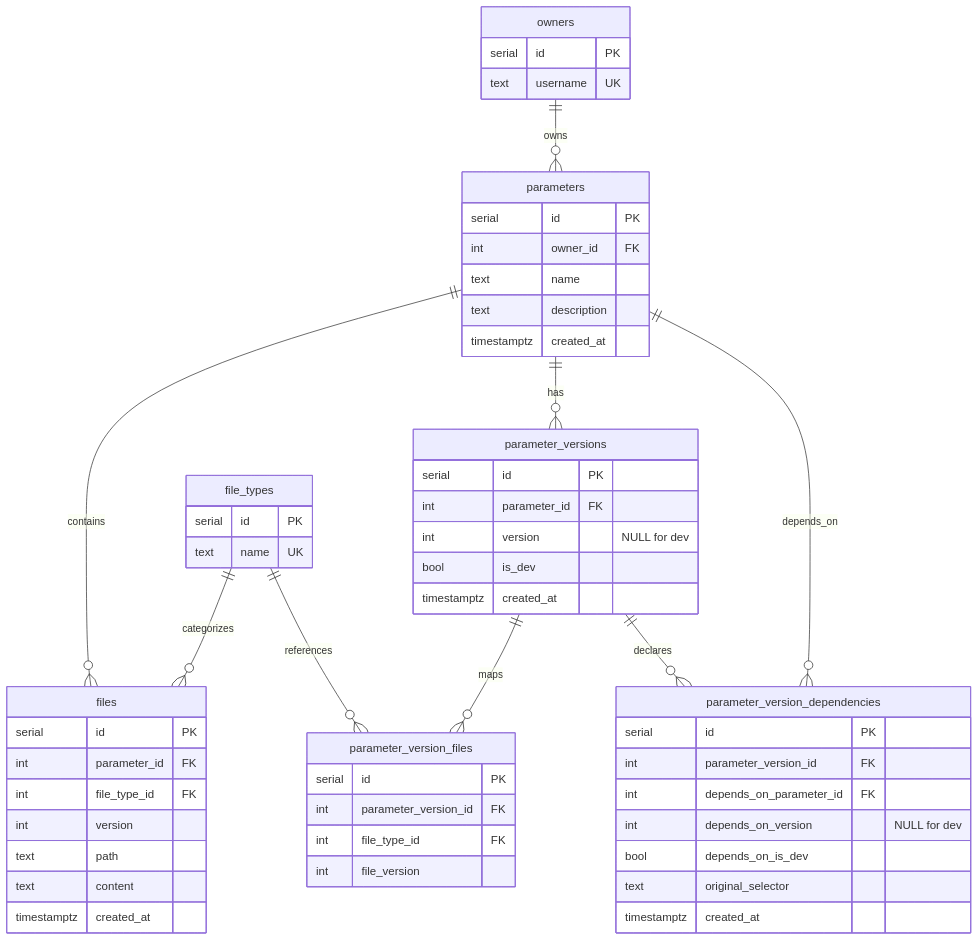
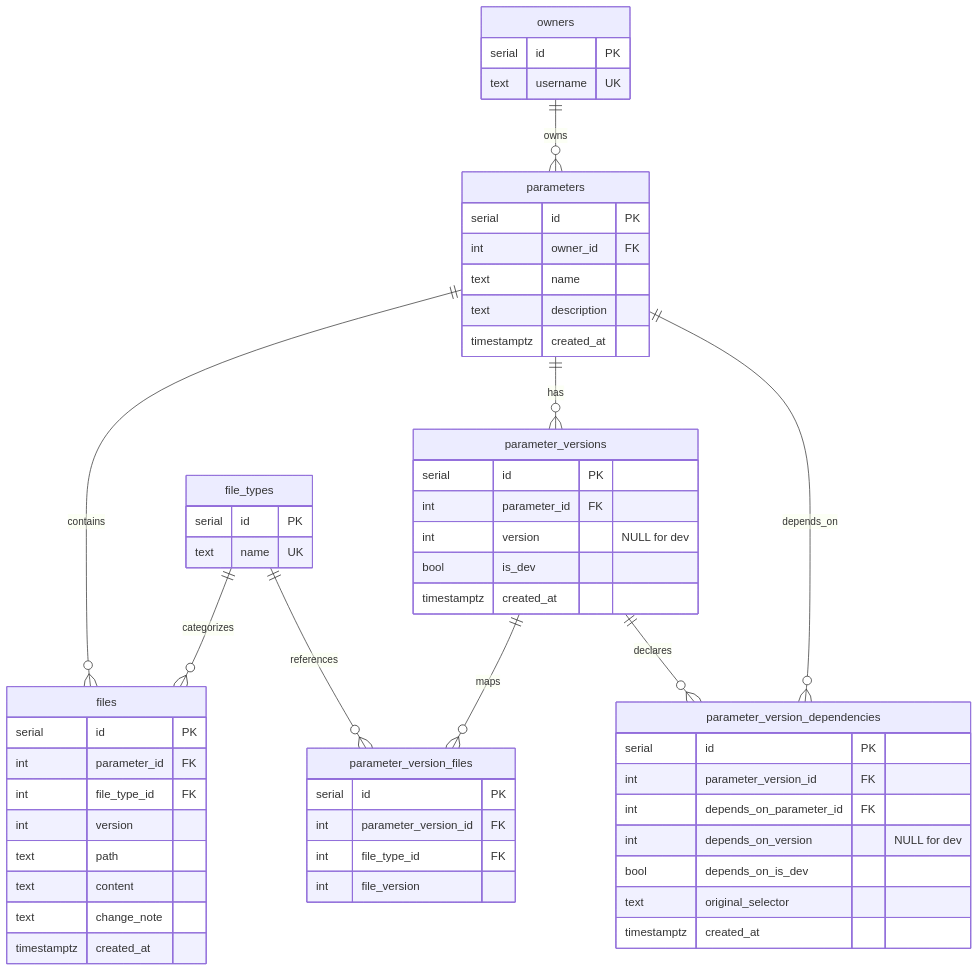
One commit to anfroholic/parameter_version_tester changed the first of 9 diagrams in docs/schema.md. Above: the diagram before and after it, drawn with Mermaid. The commit also changed other lines of this file and 1 other file, not shown here.

Commit message:
browse by owner, and update schema

````diff
--- a/docs/schema.md
+++ b/docs/schema.md
@@ -5,64 +5,65 @@
 ```mermaid
 erDiagram
     owners ||--o{ parameters : "owns"
     parameters ||--o{ files : "contains"
     parameters ||--o{ parameter_versions : "has"
     file_types ||--o{ files : "categorizes"
     file_types ||--o{ parameter_version_files : "references"
     parameter_versions ||--o{ parameter_version_files : "maps"
     parameter_versions ||--o{ parameter_version_dependencies : "declares"
     parameters ||--o{ parameter_version_dependencies : "depends_on"
 
     owners {
         serial id PK
         text username UK
     }
 
     parameters {
         serial id PK
         int owner_id FK
         text name
         text description
         timestamptz created_at
     }
 
     file_types {
         serial id PK
         text name UK
     }
 
     files {
         serial id PK
         int parameter_id FK
         int file_type_id FK
         int version
         text path
         text content
+        text change_note
         timestamptz created_at
     }
 
     parameter_versions {
         serial id PK
         int parameter_id FK
         int version "NULL for dev"
         bool is_dev
         timestamptz created_at
     }
 
     parameter_version_files {
         serial id PK
         int parameter_version_id FK
         int file_type_id FK
         int file_version
     }
 
     parameter_version_dependencies {
         serial id PK
         int parameter_version_id FK
         int depends_on_parameter_id FK
         int depends_on_version "NULL for dev"
         bool depends_on_is_dev
         text original_selector
         timestamptz created_at
     }
 ```
````
